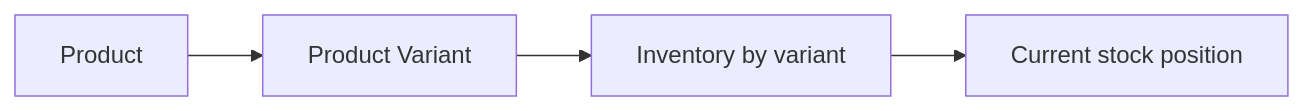
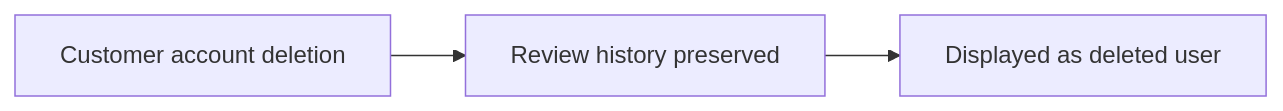
One commit to wrtnlabs/autobe-examples changed the sixth of 32 diagrams in openai/gpt-5.4-mini/shopping/docs/analysis/02-domain-model.md. Above: the diagram before and after it, drawn with Mermaid. The commit also changed other lines of this file and 9017 other files, not shown here.

````diff
--- a/openai/gpt-5.4-mini/shopping/docs/analysis/02-domain-model.md
+++ b/openai/gpt-5.4-mini/shopping/docs/analysis/02-domain-model.md
@@ -340,6 +89,5 @@
 ```mermaid
 flowchart LR
-    A["Product"] --> B["Product Variant"]
-    B --> C["Inventory by variant"]
-    C --> D["Current stock position"]
+    A["Customer account deletion"] --> B["Review history preserved"]
+    B --> C["Displayed as deleted user"]
 ```
````
